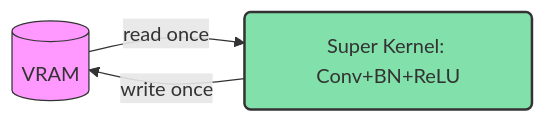
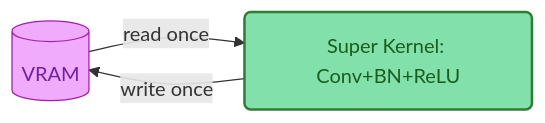
The second of 2 diagrams in docs/en/03-infra/handwrite-rocm-operator.md (datawhalechina/hello-rocm), drawn with Mermaid before and after one commit. The commit also changed other lines of this file and 12 other files, not shown here.

````diff
--- a/docs/en/03-infra/handwrite-rocm-operator.md
+++ b/docs/en/03-infra/handwrite-rocm-operator.md
@@ -345,7 +341,11 @@
 ```mermaid
 graph LR
     A[(VRAM)] -->|read once| B(Super Kernel: Conv+BN+ReLU)
     B -->|write once| A
-    style B fill:#82e0aa,stroke:#333,stroke-width:2px
-    style A fill:#f9f,stroke:#333
+
+    classDef layer-hardware fill:#f0abfc,stroke:#a21caf,stroke-width:1px,color:#6b21a8
+    classDef layer-framework fill:#82e0aa,stroke:#2e7d32,stroke-width:2px,color:#1b5e20
+
+    class A layer-hardware
+    class B layer-framework
 ```
````
